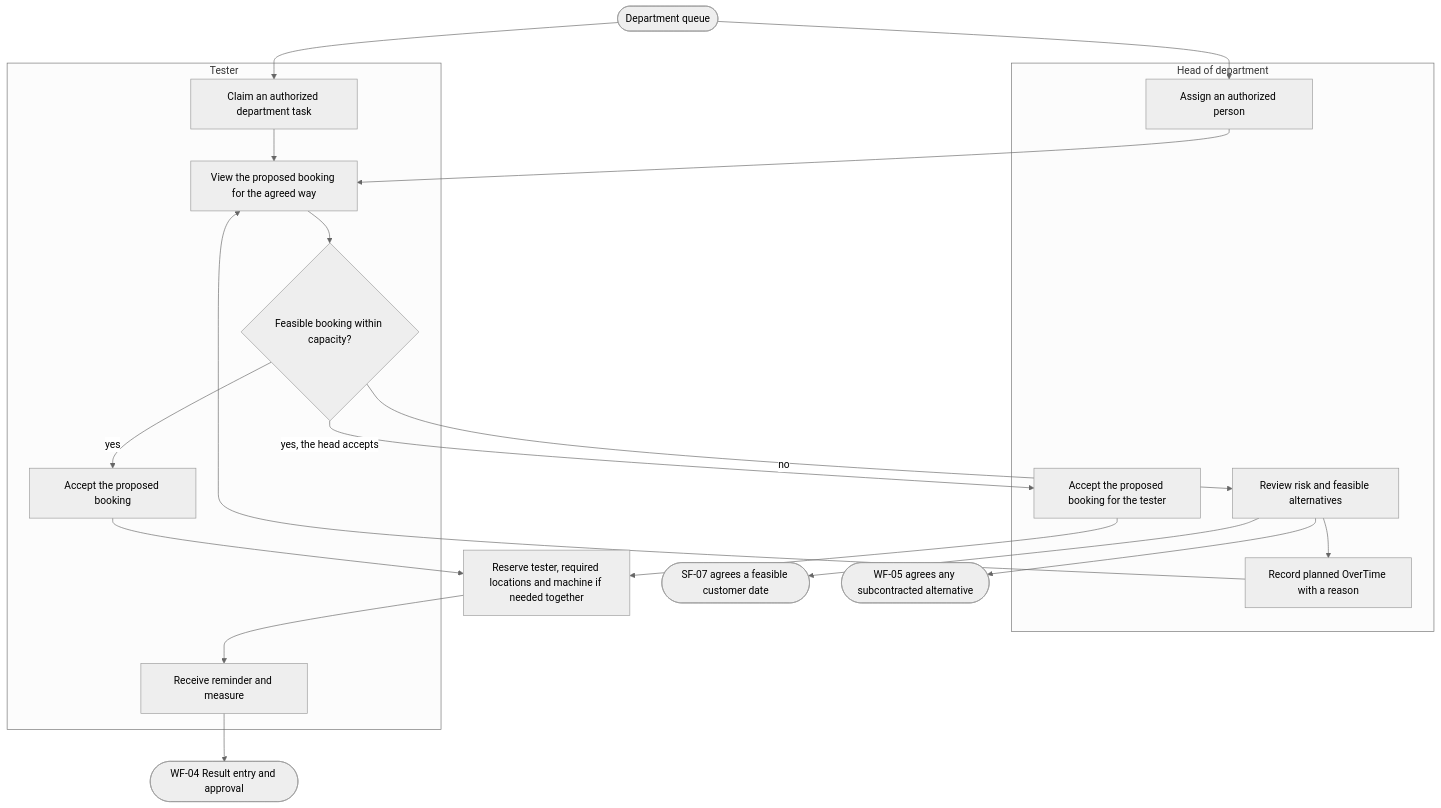
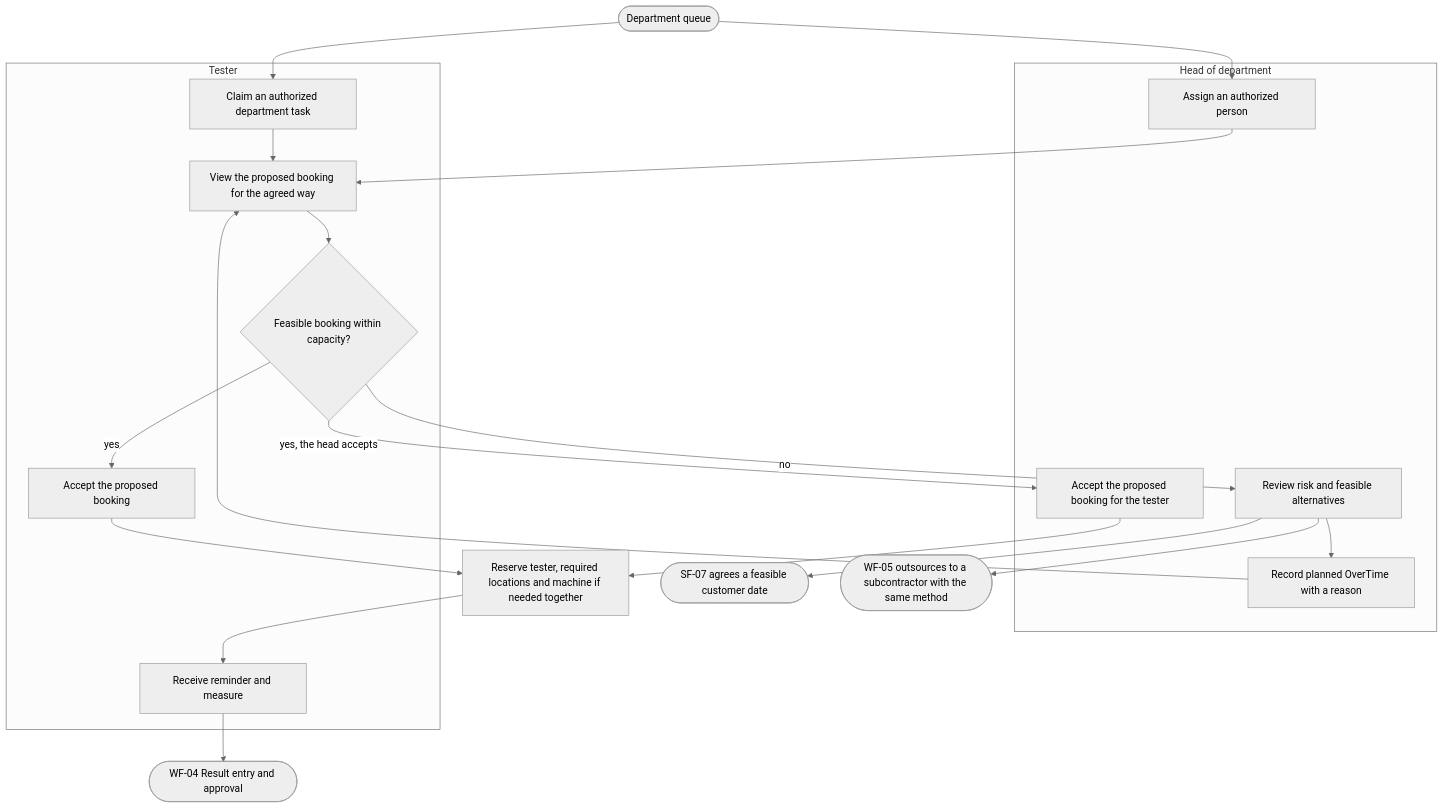
Before and after one commit to SoltuneMontepre/medilab: the third of 17 diagrams in docs/functional/business-flows.md, drawn with Mermaid (neutral theme). The commit also changed other lines of this file and 12 other files, not shown here.

First line of the commit message:
[docs] Make outsourcing to a subcontractor with the same method internal

````diff
--- a/docs/functional/business-flows.md
+++ b/docs/functional/business-flows.md
@@ -137,25 +137,25 @@
 ```mermaid
 flowchart TD
     subgraph lane8 ["Head of department"]
         h1[Assign an authorized person]
         h4[Accept the proposed booking for the tester]
         h2[Review risk and feasible alternatives]
         h3[Record planned OverTime with a reason]
     end
     subgraph lane9 ["Tester"]
         t1[Claim an authorized department task]
         t2[View the proposed booking for the agreed way] --> t3{Feasible booking within capacity?}
         t3 -->|yes| t4[Accept the proposed booking]
         t5[Receive reminder and measure]
     end
     queue([Department queue]) --> h1 --> t2
     queue --> t1 --> t2
     t3 -->|yes, the head accepts| h4
     t4 --> reserve[Reserve tester, required locations and machine if needed together]
     h4 --> reserve --> t5
     t3 -->|no| h2
     h2 --> h3 --> t2
     h2 --> dates([SF-07 agrees a feasible customer date])
-    h2 --> outsource([WF-05 agrees any subcontracted alternative])
+    h2 --> outsource([WF-05 outsources to a subcontractor with the same method])
     t5 --> wf04([WF-04 Result entry and approval])
 ```
````
